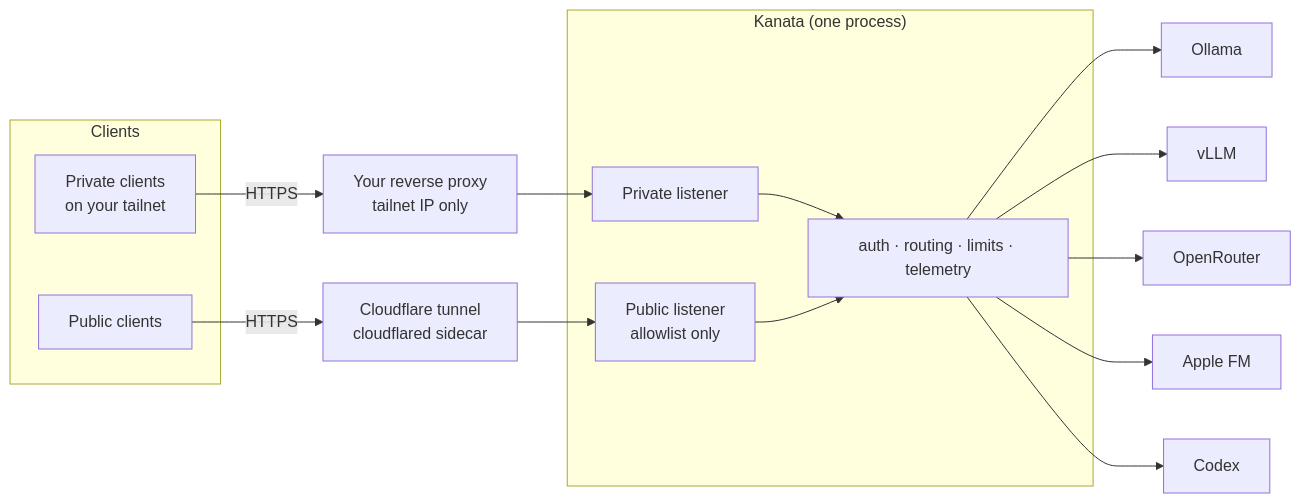
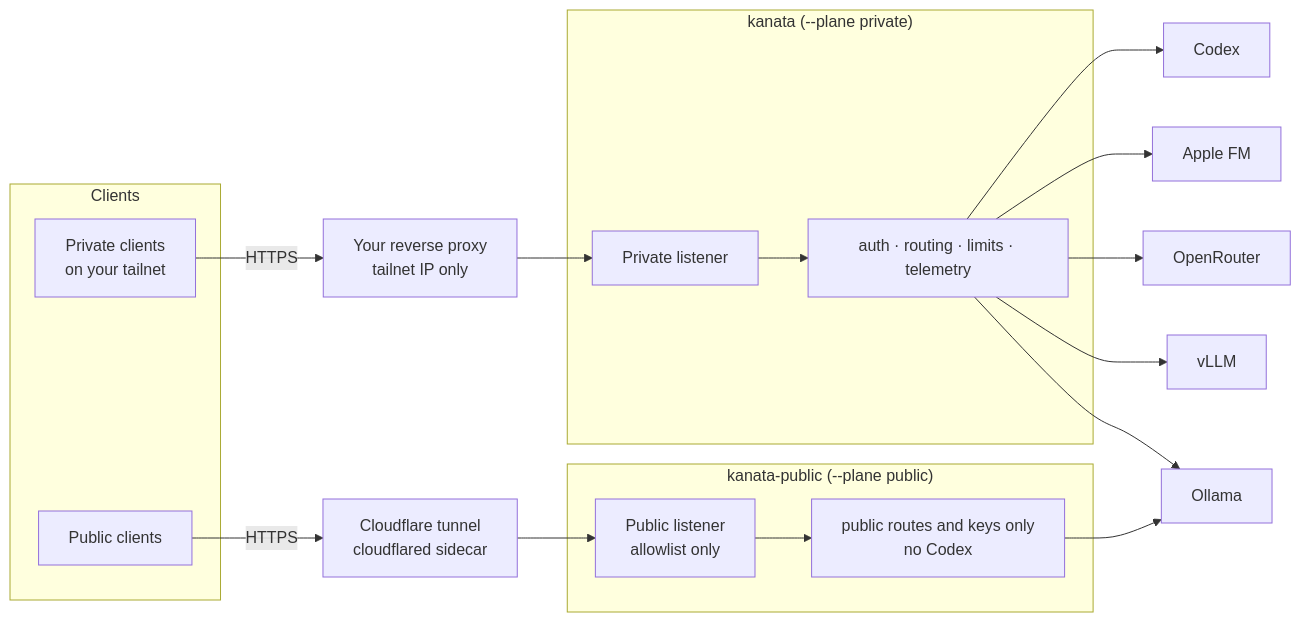
Before and after one commit to hoshinoht/kanata: the diagram in README.md, drawn with Mermaid. The commit also changed other lines of this file and 13 other files, not shown here.

First line of the commit message:
feat(deploy): split public and private planes into separate containers

````diff
--- a/README.md
+++ b/README.md
@@ -71,23 +71,27 @@
 ```mermaid
 flowchart LR
   subgraph Clients
     P[Private clients<br/>on your tailnet]
     X[Public clients]
   end
   P -->|HTTPS| RP[Your reverse proxy<br/>tailnet IP only]
   X -->|HTTPS| CF[Cloudflare tunnel<br/>cloudflared sidecar]
   RP --> KP
   CF --> KU
-  subgraph Kanata["Kanata (one process)"]
+  subgraph Private["kanata (--plane private)"]
     KP[Private listener]
-    KU[Public listener<br/>allowlist only]
     CORE[auth · routing · limits · telemetry]
     KP --> CORE
-    KU --> CORE
+  end
+  subgraph Public["kanata-public (--plane public)"]
+    KU[Public listener<br/>allowlist only]
+    PCORE[public routes and keys only<br/>no Codex]
+    KU --> PCORE
   end
   CORE --> O[Ollama]
   CORE --> V[vLLM]
   CORE --> R[OpenRouter]
   CORE --> A[Apple FM]
   CORE --> C[Codex]
+  PCORE --> O
 ```
````
